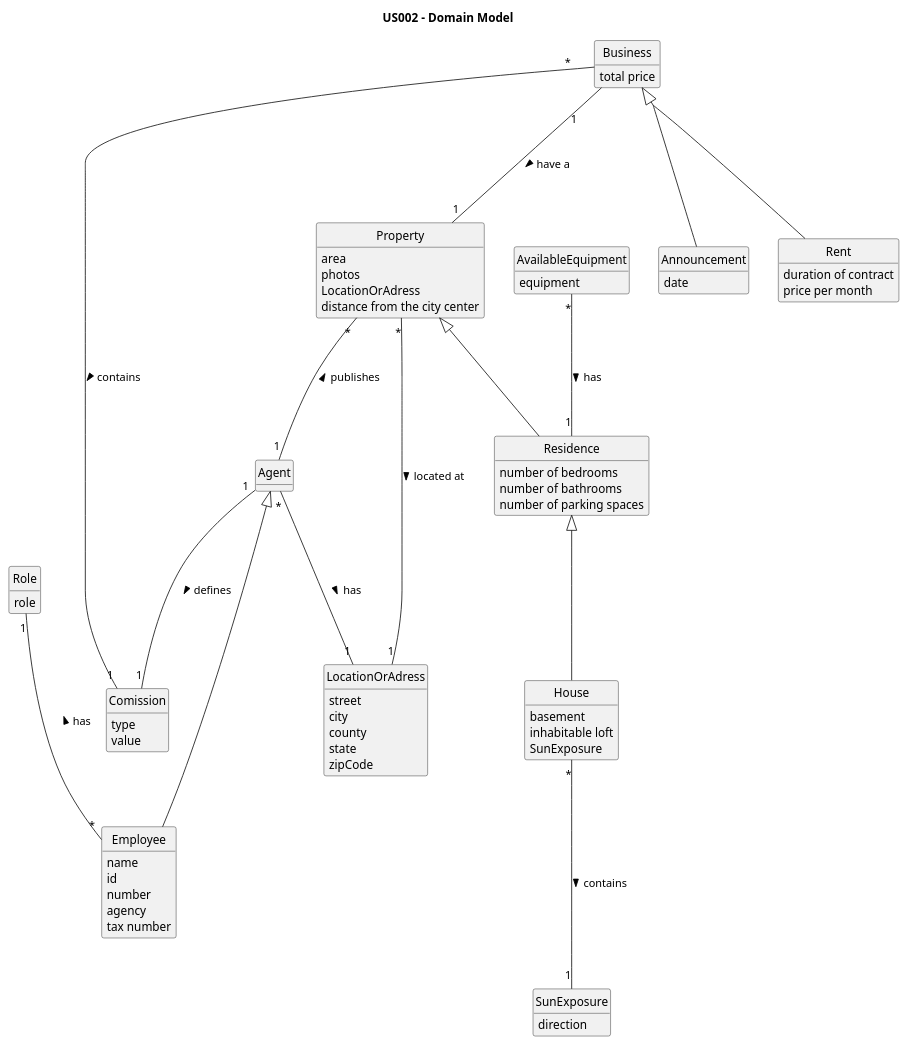
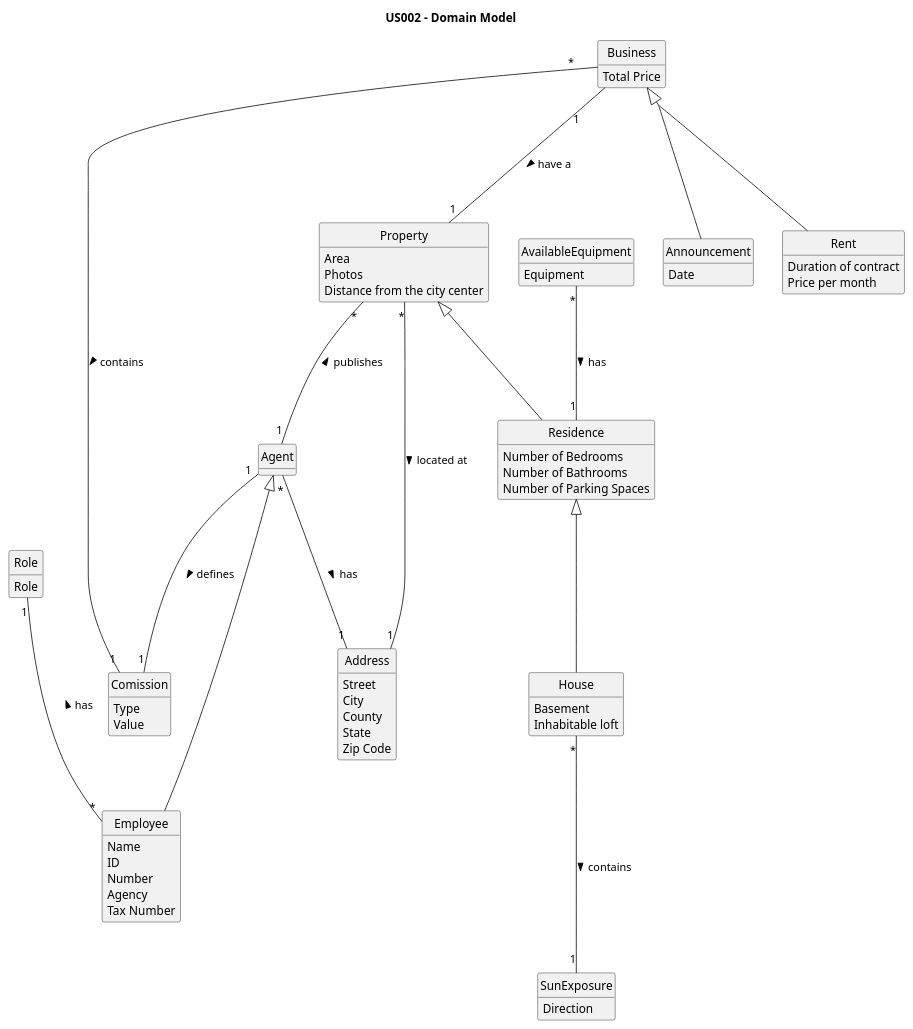
Before and after one commit to PureNimble/ISEP-LAPR2: the diagram in docs/sprintA/US02/02.analysis/puml/us02-domain-model.puml, drawn with PlantUML. The commit also changed 6 other files, not shown here.

Commit message:
Updated docs/sprintA/us01/02.analysis/Readme.md, US01 Domain Model and US02 Domain Model. Updated SVG of US01 Domain Model and US02 Domain Model & System Sequence Diagram

```diff
--- a/docs/sprintA/US02/02.analysis/puml/us02-domain-model.puml
+++ b/docs/sprintA/US02/02.analysis/puml/us02-domain-model.puml
@@ -1,136 +1,134 @@
 @startuml
 
 skinparam groupInheritance 2
 skinparam monochrome true
 skinparam packageStyle rectangle
 skinparam shadowing false
 'skinparam linetype ortho
 'left to right direction
 skinparam classAttributeIconSize 0
 hide circle
 hide methods
 
 title US002 - Domain Model
 
 class Property
 
 class Comission
 
 class Announcement
 
 class Business
 
 class House
 
 class Role
 
 class Residence
 
-class LocationOrAdress
+class Address
 
 class AvailableEquipment
 
 class Agent
 
 class SunExposure
 
 class Employee
 
 
 class Agent {
 }
 
 class Residence{
-    number of bedrooms
-    number of bathrooms
-    number of parking spaces
+Number of Bedrooms
+Number of Bathrooms
+Number of Parking Spaces
  }
 
 
 class Property {
-    area
-    photos
-    LocationOrAdress
-    distance from the city center
+Area
+Photos
+Distance from the city center
 }
 
 
 class House {
-    basement
-    inhabitable loft
-    SunExposure
+Basement
+Inhabitable loft
 }
 
 
 class SunExposure {
-    direction
+Direction
 }
 
-class LocationOrAdress {
-    street
-    city
-    county
-    state
-    zipCode
+class Address {
+Street
+City
+County
+State
+Zip Code
 }
 
-class Employee{
-    name
-    id
-    number
-    agency
-    tax number
+class Employee {
+Name
+ID
+Number
+Agency
+Tax Number
 }
 
-class Comission{
-    type
-    value
+class Comission {
+Type
+Value
 }
 
-class AvailableEquipment{
-equipment
+class AvailableEquipment {
+Equipment
 }
 
-class Business{
-    total price
+class Business {
+Total Price
 }
 
-class Announcement{
-    date
+class Announcement {
+Date
 }
 
-class Role{
-    role
+class Role {
+Role
 }
 
-class Rent{
-    duration of contract
-    price per month
+class Rent {
+Duration of contract
+Price per month
 }
 
 Residence <|--- House
 Property <|--- Residence
 Business <|--- Rent
 
 Business "*" --- "1" Comission : contains >
 Business "1" --- "1" Property : have a >
 
 Business  <|---  Announcement
 
 Property "*" --- "1" Agent: publishes <
-Property "*" --- "1" LocationOrAdress : located at >
+Property "*" --- "1" Address : located at >
 
 House "*" --- "1" SunExposure : contains >
 
 AvailableEquipment "*" --- "1" Residence: has >
 
 Role "1" --- "*" Employee : has <
 
-Agent "*" --- "1" LocationOrAdress : has >
+Agent "*" --- "1" Address : has >
 Agent <|---- Employee
 Agent "1" --- "1" Comission : defines >
 
 
 
 
 @enduml
```
